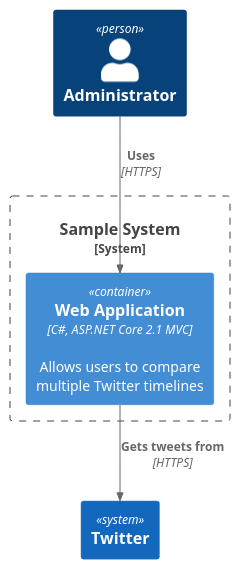
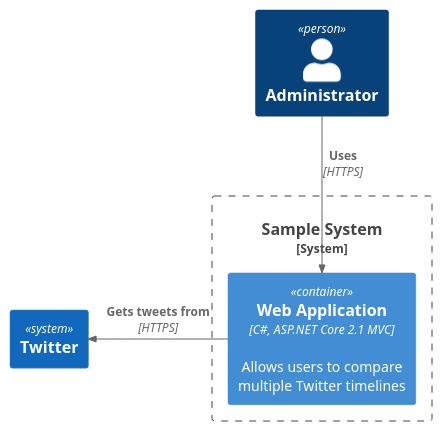
Before and after one commit to Shogun-1/conferences-arch: the diagram in c4_01.puml, drawn with PlantUML. The commit also changed 2 other files, not shown here.

```diff
--- a/c4_01.puml
+++ b/c4_01.puml
@@ -1,12 +1,12 @@
 @startuml Basic Sample
 !include https://raw.githubusercontent.com/plantuml-stdlib/C4-PlantUML/master/C4_Container.puml
 
 Person(admin, "Administrator")
 System_Boundary(c1, "Sample System") {
     Container(web_app, "Web Application", "C#, ASP.NET Core 2.1 MVC", "Allows users to compare multiple Twitter timelines")
 }
 System(twitter, "Twitter")
 
 Rel(admin, web_app, "Uses", "HTTPS")
-Rel(web_app, twitter, "Gets tweets from", "HTTPS")
+Rel_L(web_app, twitter, "Gets tweets from", "HTTPS")
 @enduml
```
